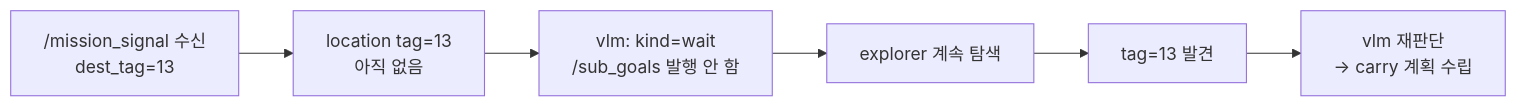
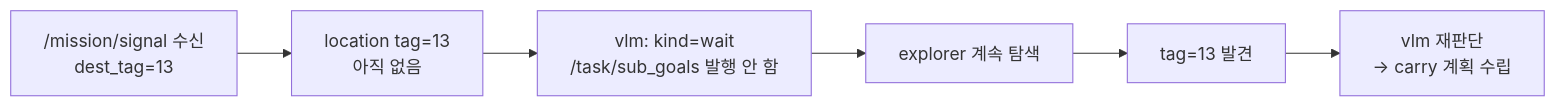
Before and after one commit to SeungHye-J/Lv2_bee_Assignment: the fifth of 5 diagrams in documents/mission/scenario/02-phase0-boot-and-explore.md, drawn with Mermaid. The commit also changed 25 other files, not shown here.

````diff
--- a/documents/mission/scenario/02-phase0-boot-and-explore.md
+++ b/documents/mission/scenario/02-phase0-boot-and-explore.md
@@ -107,11 +107,11 @@
 ```mermaid
 flowchart LR
-    SIGNAL["/mission_signal 수신\ndest_tag=13"]
+    SIGNAL["/mission/signal 수신\ndest_tag=13"]
     NO_DEST["location tag=13\n아직 없음"]
-    WAIT["vlm: kind=wait\n/sub_goals 발행 안 함"]
+    WAIT["vlm: kind=wait\n/task/sub_goals 발행 안 함"]
     EXPLORE["explorer 계속 탐색"]
     FOUND["tag=13 발견"]
     PLAN["vlm 재판단\n→ carry 계획 수립"]
 
     SIGNAL --> NO_DEST --> WAIT --> EXPLORE --> FOUND --> PLAN
 ```
````
